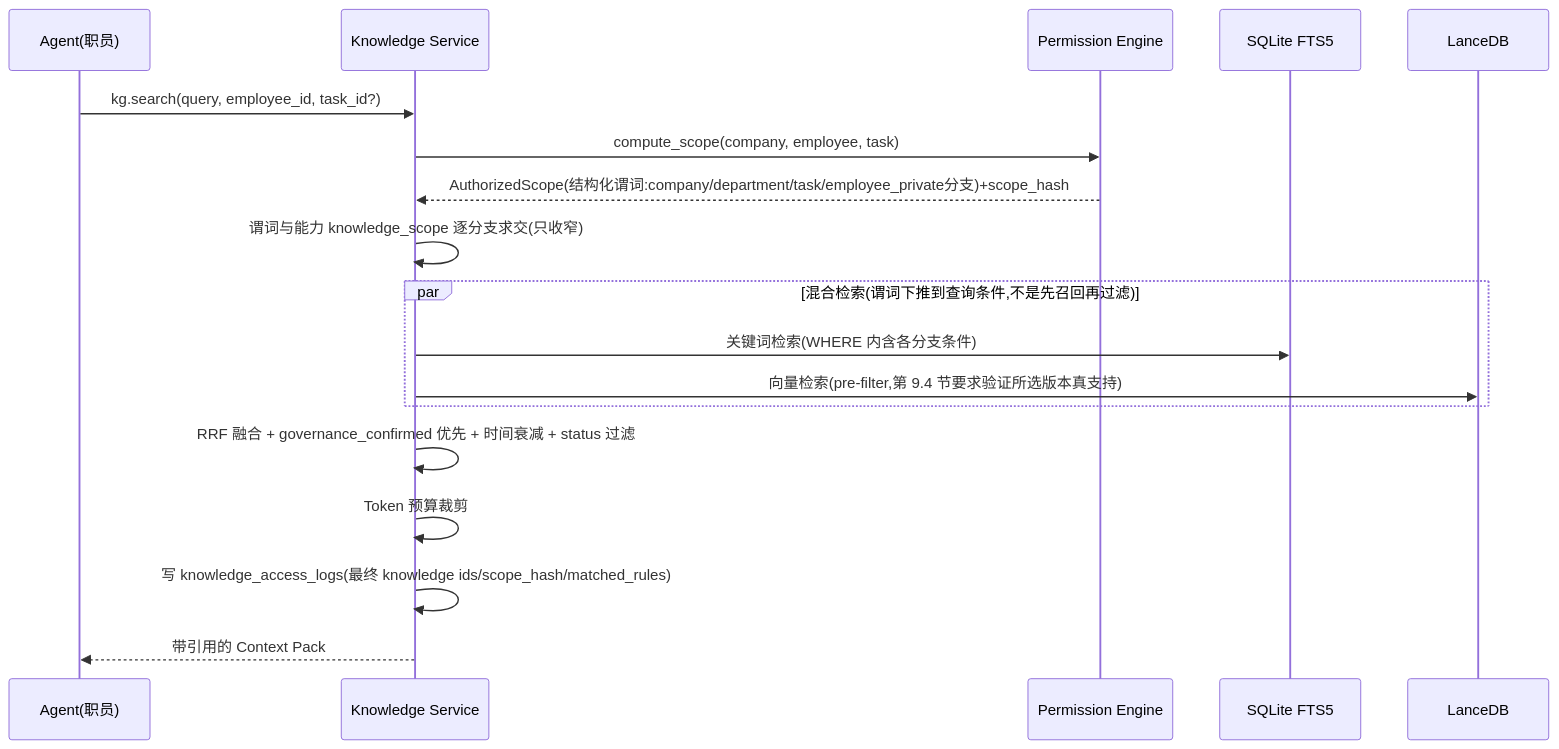
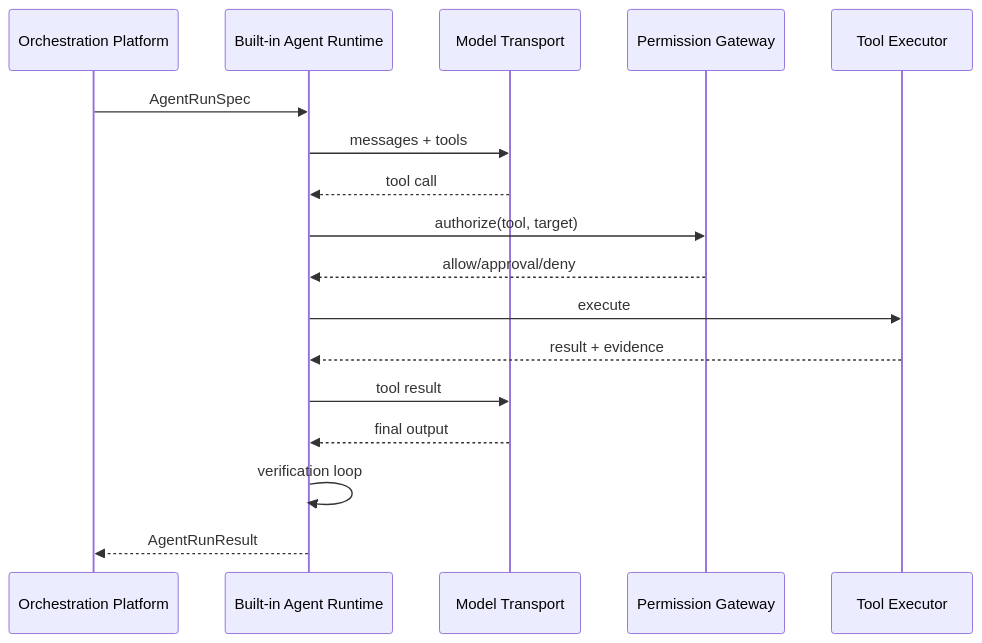
The second of 2 diagrams in docs/设计方案/AI公司桌面应用设计方案.md (kenandkent/iBreeze), drawn with Mermaid before and after one commit. The commit also changed other lines of this file, not shown here.

Commit message:
docs: 重构 iBreeze Agent 编排与运行时设计

````diff
--- a/docs/设计方案/AI公司桌面应用设计方案.md
+++ b/docs/设计方案/AI公司桌面应用设计方案.md
@@ -2022,20 +1266,19 @@
 ```mermaid
 sequenceDiagram
-    participant AG as Agent(职员)
-    participant KG as Knowledge Service
-    participant PE as Permission Engine
-    participant FTS as SQLite FTS5
-    participant VEC as LanceDB
-    AG->>KG: kg.search(query, employee_id, task_id?)
-    KG->>PE: compute_scope(company, employee, task)
-    PE-->>KG: AuthorizedScope(结构化谓词:company/department/task/employee_private分支)+scope_hash
-    KG->>KG: 谓词与能力 knowledge_scope 逐分支求交(只收窄)
-    par 混合检索(谓词下推到查询条件,不是先召回再过滤)
-        KG->>FTS: 关键词检索(WHERE 内含各分支条件)
-        KG->>VEC: 向量检索(pre-filter,第 9.4 节要求验证所选版本真支持)
-    end
-    KG->>KG: RRF 融合 + governance_confirmed 优先 + 时间衰减 + status 过滤
-    KG->>KG: Token 预算裁剪
-    KG->>KG: 写 knowledge_access_logs(最终 knowledge ids/scope_hash/matched_rules)
-    KG-->>AG: 带引用的 Context Pack
+    participant O as Orchestration Platform
+    participant R as Built-in Agent Runtime
+    participant M as Model Transport
+    participant P as Permission Gateway
+    participant T as Tool Executor
+    O->>R: AgentRunSpec
+    R->>M: messages + tools
+    M-->>R: tool call
+    R->>P: authorize(tool, target)
+    P-->>R: allow/approval/deny
+    R->>T: execute
+    T-->>R: result + evidence
+    R->>M: tool result
+    M-->>R: final output
+    R->>R: verification loop
+    R-->>O: AgentRunResult
 ```
````
